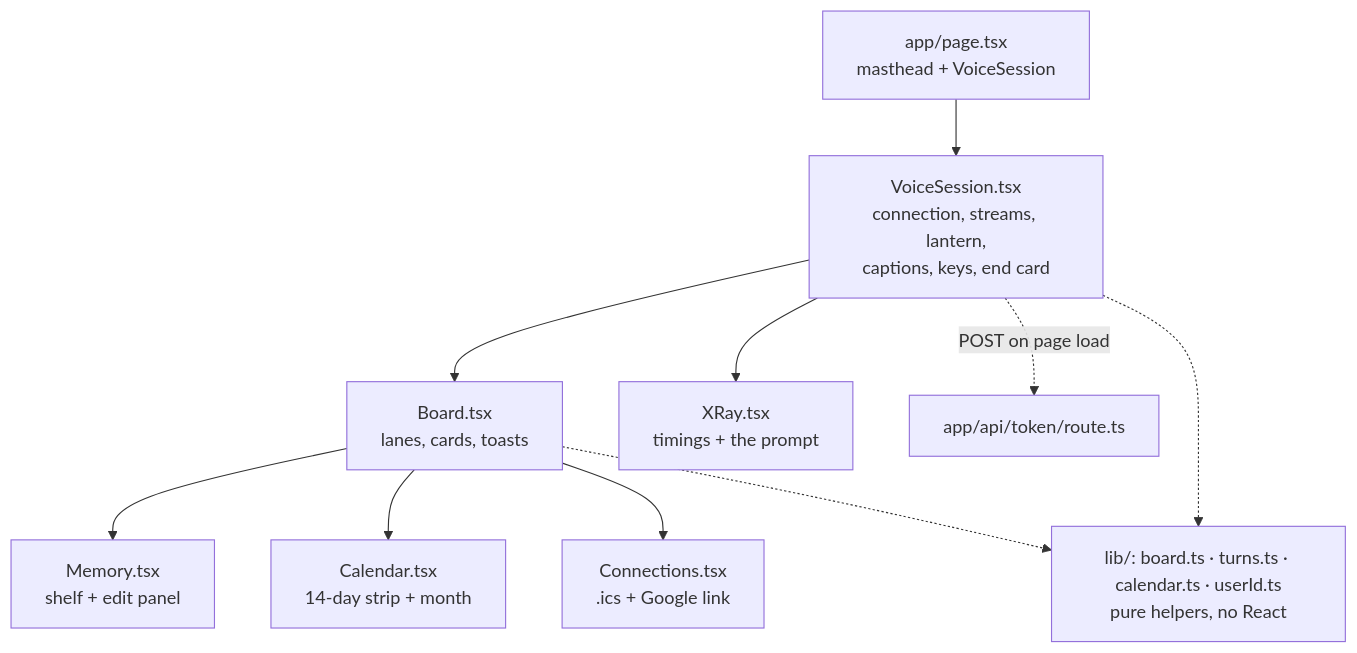
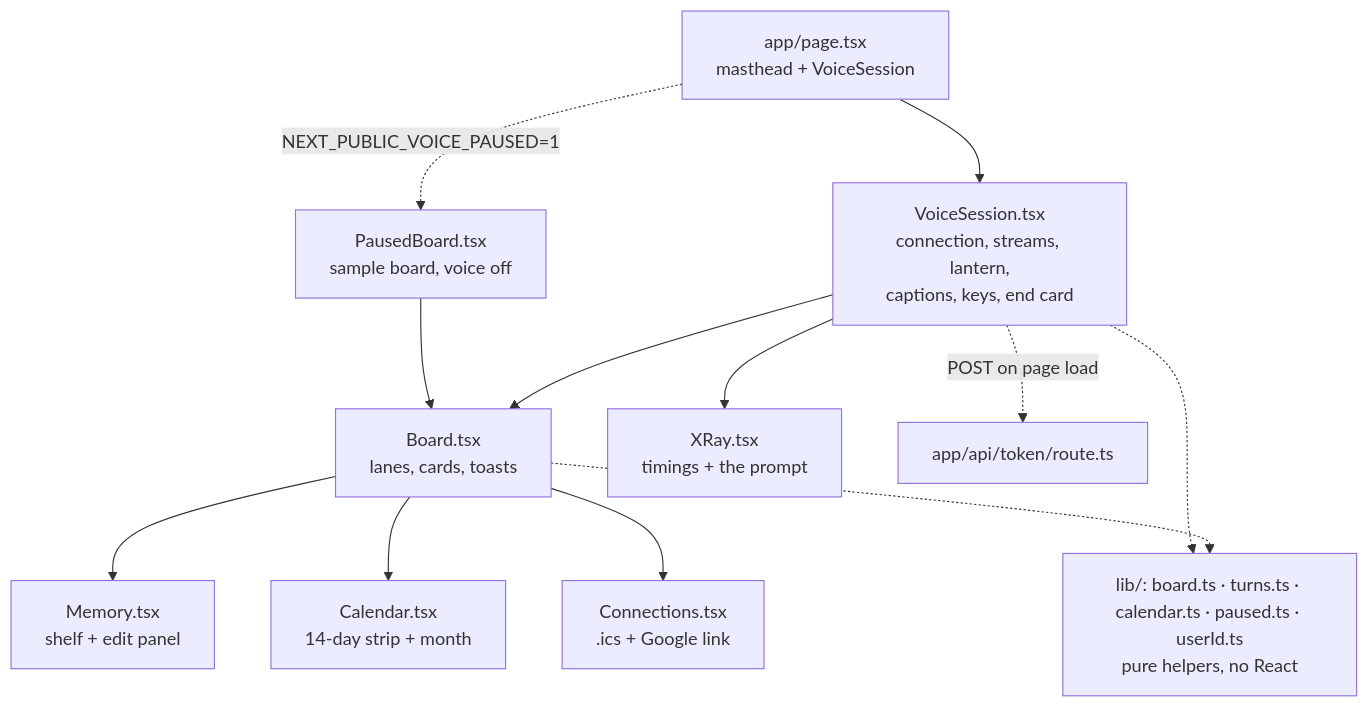
The fifth of 10 diagrams in docs/CODE_MAP.md (ZiadHendawy/lumi), drawn with Mermaid before and after one commit. The commit also changed other lines of this file and 11 other files, not shown here.

````diff
--- a/docs/CODE_MAP.md
+++ b/docs/CODE_MAP.md
@@ -267,22 +267,25 @@
 ```mermaid
 flowchart TD
   page["app/page.tsx<br/>masthead + VoiceSession"]
   VS["VoiceSession.tsx<br/>connection, streams, lantern,<br/>captions, keys, end card"]
   Board["Board.tsx<br/>lanes, cards, toasts"]
   XRay["XRay.tsx<br/>timings + the prompt"]
   Memory["Memory.tsx<br/>shelf + edit panel"]
   Calendar["Calendar.tsx<br/>14-day strip + month"]
   Conn["Connections.tsx<br/>.ics + Google link"]
   token["app/api/token/route.ts"]
-  lib["lib/: board.ts · turns.ts · calendar.ts · userId.ts<br/>pure helpers, no React"]
+  Paused["PausedBoard.tsx<br/>sample board, voice off"]
+  lib["lib/: board.ts · turns.ts · calendar.ts · paused.ts · userId.ts<br/>pure helpers, no React"]
 
   page --> VS
+  page -. "NEXT_PUBLIC_VOICE_PAUSED=1" .-> Paused
+  Paused --> Board
   VS --> Board
   VS --> XRay
   Board --> Memory
   Board --> Calendar
   Board --> Conn
   VS -. "POST on page load" .-> token
   VS -.-> lib
   Board -.-> lib
 ```
````
